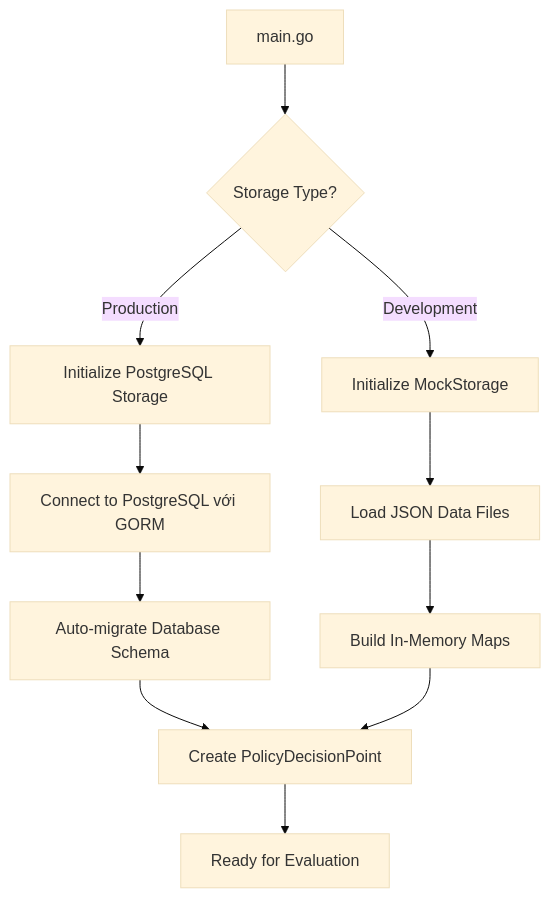
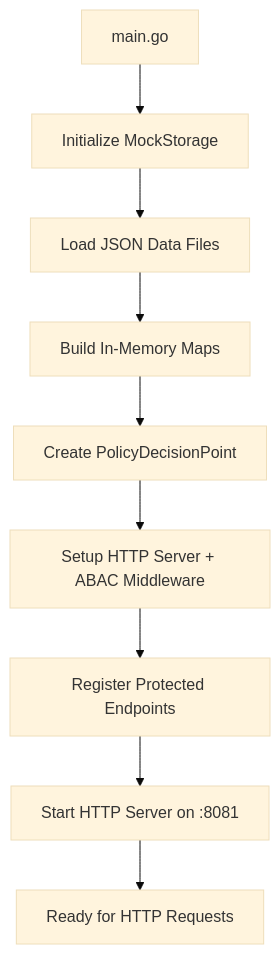
One commit to dotrongnhan/abac-gogo changed the first of 3 diagrams in ABAC_SYSTEM_DOCUMENTATION.md. Above: the diagram before and after it, drawn with Mermaid (base theme). The commit also changed other lines of this file and 4 other files, not shown here.

Commit message:
Update documentation for ABAC HTTP service migration and API endpoints

````diff
--- a/ABAC_SYSTEM_DOCUMENTATION.md
+++ b/ABAC_SYSTEM_DOCUMENTATION.md
@@ -85,13 +91,11 @@
 ```mermaid
 graph TD
-    A[main.go] --> B{Storage Type?}
-    B -->|Production| C[Initialize PostgreSQL Storage]
-    B -->|Development| D[Initialize MockStorage]
-    C --> E[Connect to PostgreSQL với GORM]
-    D --> F[Load JSON Data Files]
-    E --> G[Auto-migrate Database Schema]
-    F --> H[Build In-Memory Maps]
-    G --> I[Create PolicyDecisionPoint]
-    H --> I
-    I --> J[Ready for Evaluation]
+    A[main.go] --> B[Initialize MockStorage]
+    B --> C[Load JSON Data Files]
+    C --> D[Build In-Memory Maps]
+    D --> E[Create PolicyDecisionPoint]
+    E --> F[Setup HTTP Server + ABAC Middleware]
+    F --> G[Register Protected Endpoints]
+    G --> H[Start HTTP Server on :8081]
+    H --> I[Ready for HTTP Requests]
 ```
````
